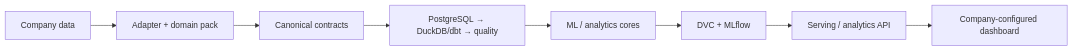
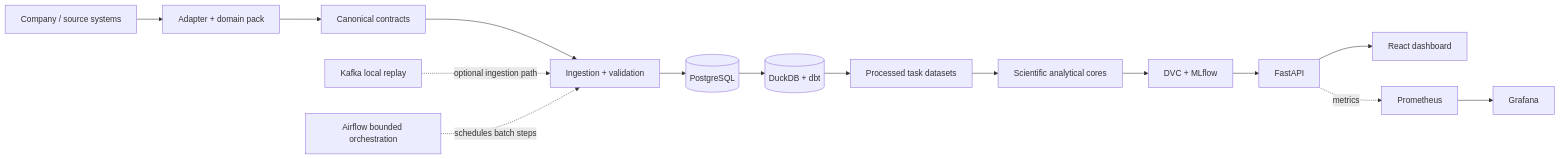
One commit to Eclipse-XS/FMCG-Sales-Intelligence changed the diagram in README.md. Above: the diagram before and after it, drawn with Mermaid. The commit also changed other lines of this file and 11 other files, not shown here.

````diff
--- a/README.md
+++ b/README.md
@@ -5,10 +19,17 @@
 ```mermaid
 flowchart LR
-  A[Company data] --> B[Adapter + domain pack]
+  A[Company / source systems] --> B[Adapter + domain pack]
   B --> C[Canonical contracts]
-  C --> D[PostgreSQL → DuckDB/dbt → quality]
-  D --> E[ML / analytics cores]
-  E --> F[DVC + MLflow]
-  F --> G[Serving / analytics API]
-  G --> H[Company-configured dashboard]
+  C --> D[Ingestion + validation]
+  D --> E[(PostgreSQL)]
+  E --> F[(DuckDB + dbt)]
+  F --> G[Processed task datasets]
+  G --> H[Scientific analytical cores]
+  H --> I[DVC + MLflow]
+  I --> J[FastAPI]
+  J --> K[React dashboard]
+  L[Kafka local replay] -. optional ingestion path .-> D
+  M[Airflow bounded orchestration] -. schedules batch steps .-> D
+  J -. metrics .-> N[Prometheus]
+  N --> O[Grafana]
 ```
````
